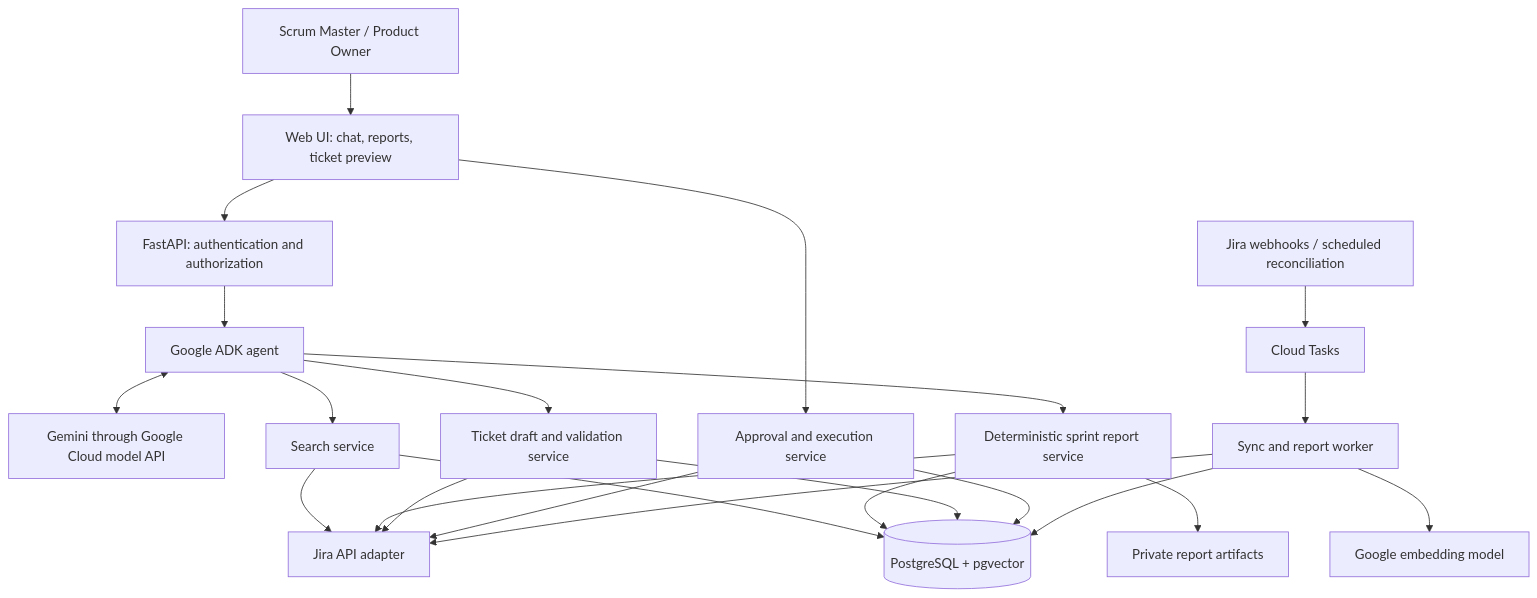
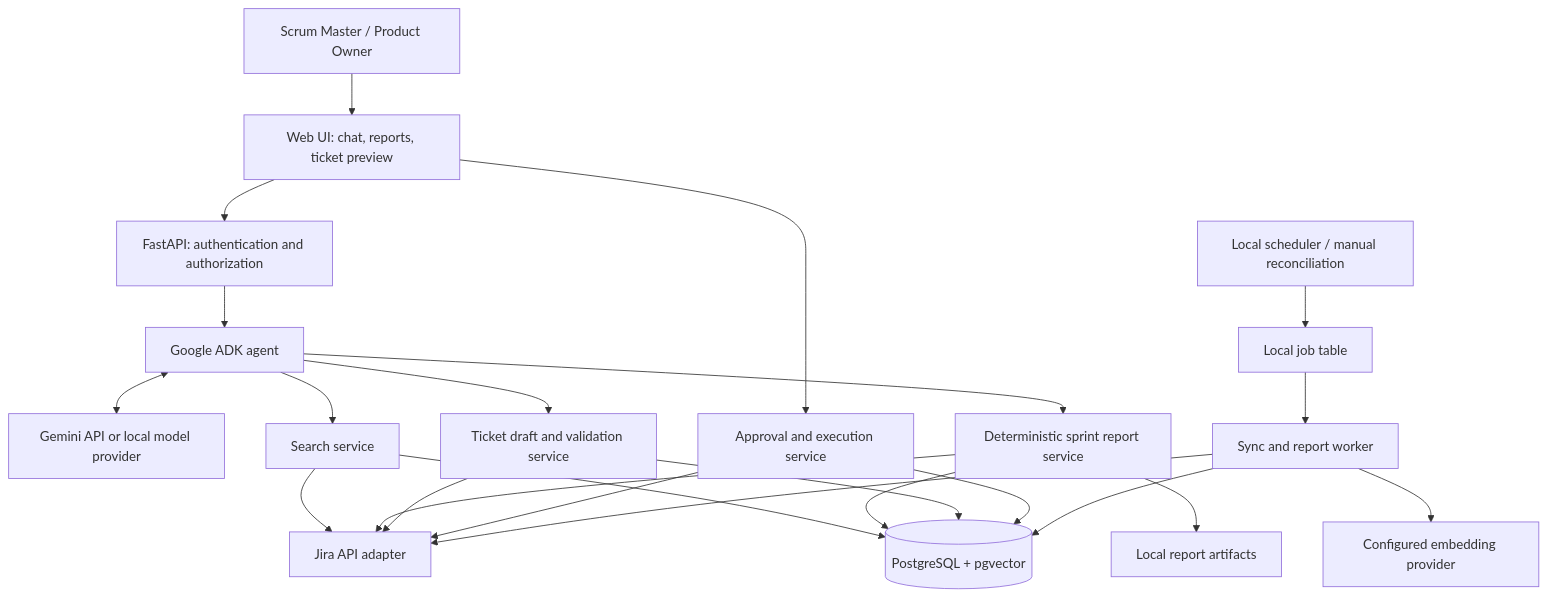
One commit to simonqiang/jira-ai-agent changed the diagram in docs/superpowers/specs/2026-09-27-scrum-master-agent-design.md. Above: the diagram before and after it, drawn with Mermaid. The commit also changed other lines of this file and 4 other files, not shown here.

````diff
--- a/docs/superpowers/specs/2026-09-27-scrum-master-agent-design.md
+++ b/docs/superpowers/specs/2026-09-27-scrum-master-agent-design.md
@@ -99,25 +99,25 @@
 ```mermaid
 flowchart TD
     U[Scrum Master / Product Owner] --> UI[Web UI: chat, reports, ticket preview]
     UI --> API[FastAPI: authentication and authorization]
     API --> ADK[Google ADK agent]
-    ADK <--> LLM[Gemini through Google Cloud model API]
+    ADK <--> LLM[Gemini API or local model provider]
     ADK --> SEARCH[Search service]
     ADK --> REPORT[Deterministic sprint report service]
     ADK --> DRAFT[Ticket draft and validation service]
     SEARCH --> JIRA[Jira API adapter]
     SEARCH --> DB[(PostgreSQL + pgvector)]
     REPORT --> JIRA
     REPORT --> DB
     DRAFT --> JIRA
     DRAFT --> DB
     UI --> APPROVE[Approval and execution service]
     APPROVE --> DB
     APPROVE --> JIRA
-    EVENTS[Jira webhooks / scheduled reconciliation] --> QUEUE[Cloud Tasks]
+    EVENTS[Local scheduler / manual reconciliation] --> QUEUE[Local job table]
     QUEUE --> WORKER[Sync and report worker]
     WORKER --> JIRA
     WORKER --> DB
-    WORKER --> EMBED[Google embedding model]
-    REPORT --> FILES[Private report artifacts]
+    WORKER --> EMBED[Configured embedding provider]
+    REPORT --> FILES[Local report artifacts]
 ```
````
